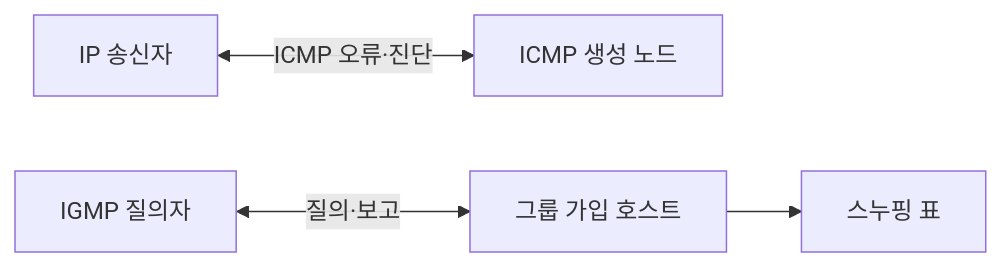
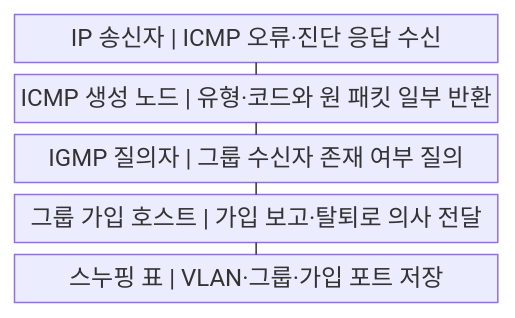
One commit to agnusdei1207/knowledge-base changed the first of 2 diagrams in src/content/docs/notes/04-network/014_icmp_igmp.md. Above: the diagram before and after it, drawn with Mermaid. The commit also changed other lines of this file and 20 other files, not shown here.

````diff
--- a/src/content/docs/notes/04-network/014_icmp_igmp.md
+++ b/src/content/docs/notes/04-network/014_icmp_igmp.md
@@ -60,6 +61,13 @@
 ```mermaid
-flowchart LR
-    S["IP 송신자"] <-->|ICMP 오류·진단| E["ICMP 생성 노드"]
-    Q["IGMP 질의자"] <-->|질의·보고| M["그룹 가입 호스트"]
-    M --> T["스누핑 표"]
+block
+    columns 1
+    A["IP 송신자 | ICMP 오류·진단 응답 수신"]
+    B["ICMP 생성 노드 | 유형·코드와 원 패킷 일부 반환"]
+    C["IGMP 질의자 | 그룹 수신자 존재 여부 질의"]
+    D["그룹 가입 호스트 | 가입 보고·탈퇴로 의사 전달"]
+    E["스누핑 표 | VLAN·그룹·가입 포트 저장"]
+    A --- B
+    B --- C
+    C --- D
+    D --- E
 ```
````
